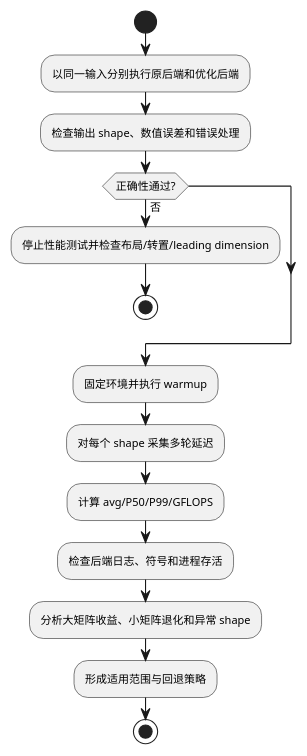
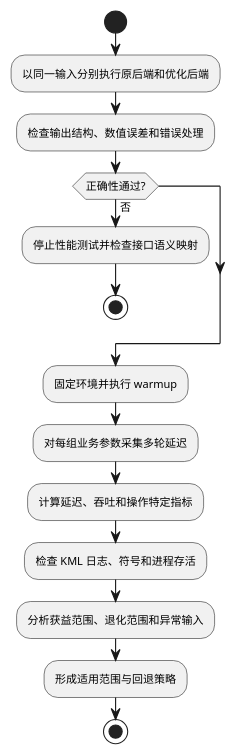
The sixth of 6 diagrams in references/detailed-design.md (wlmnzf40/kblas-gemm-tuning), drawn with PlantUML before and after one commit. The commit also changed other lines of this file, not shown here.

````diff
--- a/references/detailed-design.md
+++ b/references/detailed-design.md
@@ -400,20 +398,20 @@
 ```plantuml
 @startuml
 skinparam defaultFontName "Microsoft YaHei"
 skinparam defaultFontSize 10
 start
 :以同一输入分别执行原后端和优化后端;
-:检查输出 shape、数值误差和错误处理;
+:检查输出结构、数值误差和错误处理;
 if (正确性通过?) then (否)
-  :停止性能测试并检查布局/转置/leading dimension;
+  :停止性能测试并检查接口语义映射;
   stop
 endif
 :固定环境并执行 warmup;
-:对每个 shape 采集多轮延迟;
-:计算 avg/P50/P99/GFLOPS;
-:检查后端日志、符号和进程存活;
-:分析大矩阵收益、小矩阵退化和异常 shape;
+:对每组业务参数采集多轮延迟;
+:计算延迟、吞吐和操作特定指标;
+:检查 KML 日志、符号和进程存活;
+:分析获益范围、退化范围和异常输入;
 :形成适用范围与回退策略;
 stop
 @enduml
 ```
````
